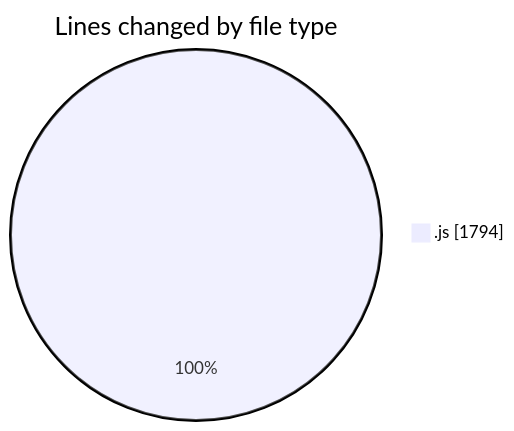
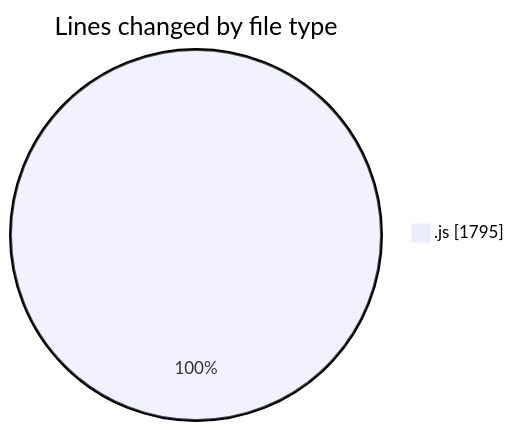
One commit to nxtqubesakshisongat/code-tracking changed the first of 2 diagrams in 2025-09-24/nxtqube_webapp/README.md. Above: the diagram before and after it, drawn with Mermaid. The commit also changed other lines of this file and 1 other file, not shown here.

````diff
--- a/2025-09-24/nxtqube_webapp/README.md
+++ b/2025-09-24/nxtqube_webapp/README.md
@@ -21,5 +21,5 @@
 ```mermaid
 pie showData
 title Lines changed by file type
-".js" : 1794
+".js" : 1795
 ```
````
